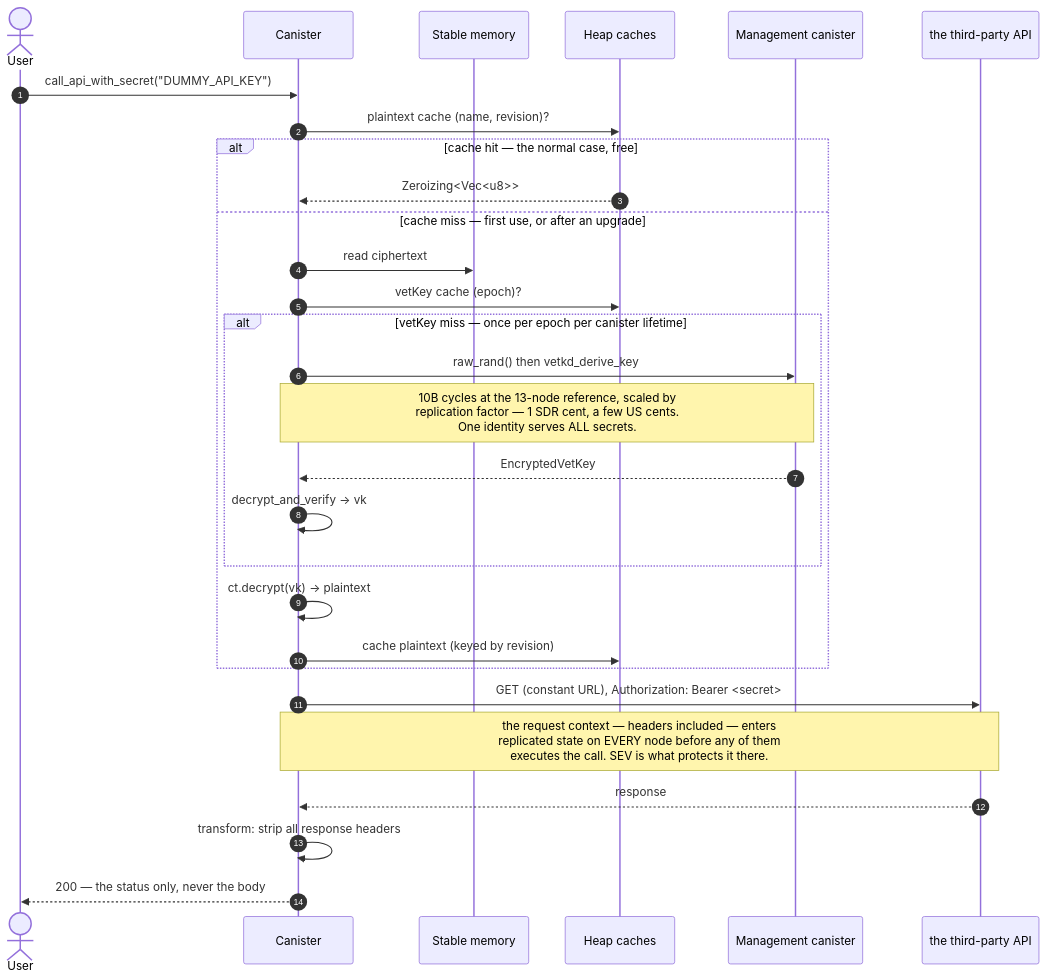
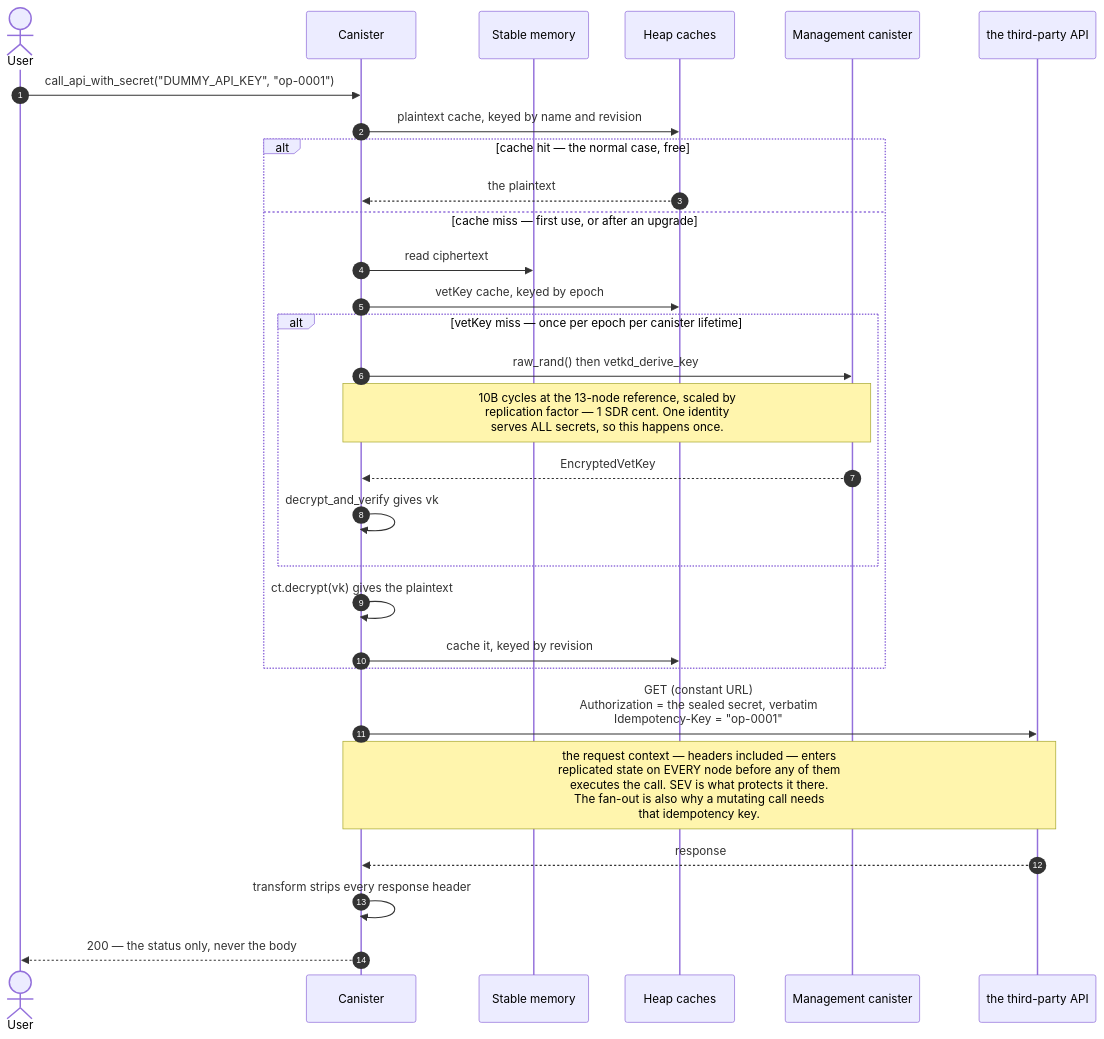
One commit to marc0olo/icp-seeding-secrets-poc changed the second of 2 diagrams in README.md. Above: the diagram before and after it, drawn with Mermaid. The commit also changed other lines of this file and 10 other files, not shown here.

First line of the commit message:
fix: the sealing diagram did not render, and both diagrams were stale

````diff
--- a/README.md
+++ b/README.md
@@ -123,33 +159,33 @@
 ```mermaid
 sequenceDiagram
     autonumber
     actor User
     participant Can as Canister
     participant Stable as Stable memory
     participant Heap as Heap caches
     participant Mgmt as Management canister
     participant API as the third-party API
 
-    User->>Can: call_api_with_secret("DUMMY_API_KEY")
-    Can->>Heap: plaintext cache (name, revision)?
+    User->>Can: call_api_with_secret("DUMMY_API_KEY", "op-0001")
+    Can->>Heap: plaintext cache, keyed by name and revision
     alt cache hit — the normal case, free
-        Heap-->>Can: Zeroizing<Vec<u8>>
+        Heap-->>Can: the plaintext
     else cache miss — first use, or after an upgrade
         Can->>Stable: read ciphertext
-        Can->>Heap: vetKey cache (epoch)?
+        Can->>Heap: vetKey cache, keyed by epoch
         alt vetKey miss — once per epoch per canister lifetime
             Can->>Mgmt: raw_rand() then vetkd_derive_key
-            Note over Can,Mgmt: 10B cycles at the 13-node reference, scaled by<br/>replication factor — 1 SDR cent, a few US cents.<br/>One identity serves ALL secrets.
+            Note over Can,Mgmt: 10B cycles at the 13-node reference, scaled by<br/>replication factor — 1 SDR cent. One identity<br/>serves ALL secrets, so this happens once.
             Mgmt-->>Can: EncryptedVetKey
-            Can->>Can: decrypt_and_verify → vk
+            Can->>Can: decrypt_and_verify gives vk
         end
-        Can->>Can: ct.decrypt(vk) → plaintext
-        Can->>Heap: cache plaintext (keyed by revision)
+        Can->>Can: ct.decrypt(vk) gives the plaintext
+        Can->>Heap: cache it, keyed by revision
     end
 
-    Can->>API: GET (constant URL), Authorization: Bearer <secret>
-    Note over Can,API: the request context — headers included — enters<br/>replicated state on EVERY node before any of them<br/>executes the call. SEV is what protects it there.
+    Can->>API: GET (constant URL)<br/>Authorization = the sealed secret, verbatim<br/>Idempotency-Key = "op-0001"
+    Note over Can,API: the request context — headers included — enters<br/>replicated state on EVERY node before any of them<br/>executes the call. SEV is what protects it there.<br/>The fan-out is also why a mutating call needs<br/>that idempotency key.
     API-->>Can: response
-    Can->>Can: transform: strip all response headers
+    Can->>Can: transform strips every response header
     Can-->>User: 200 — the status only, never the body
 ```
````
